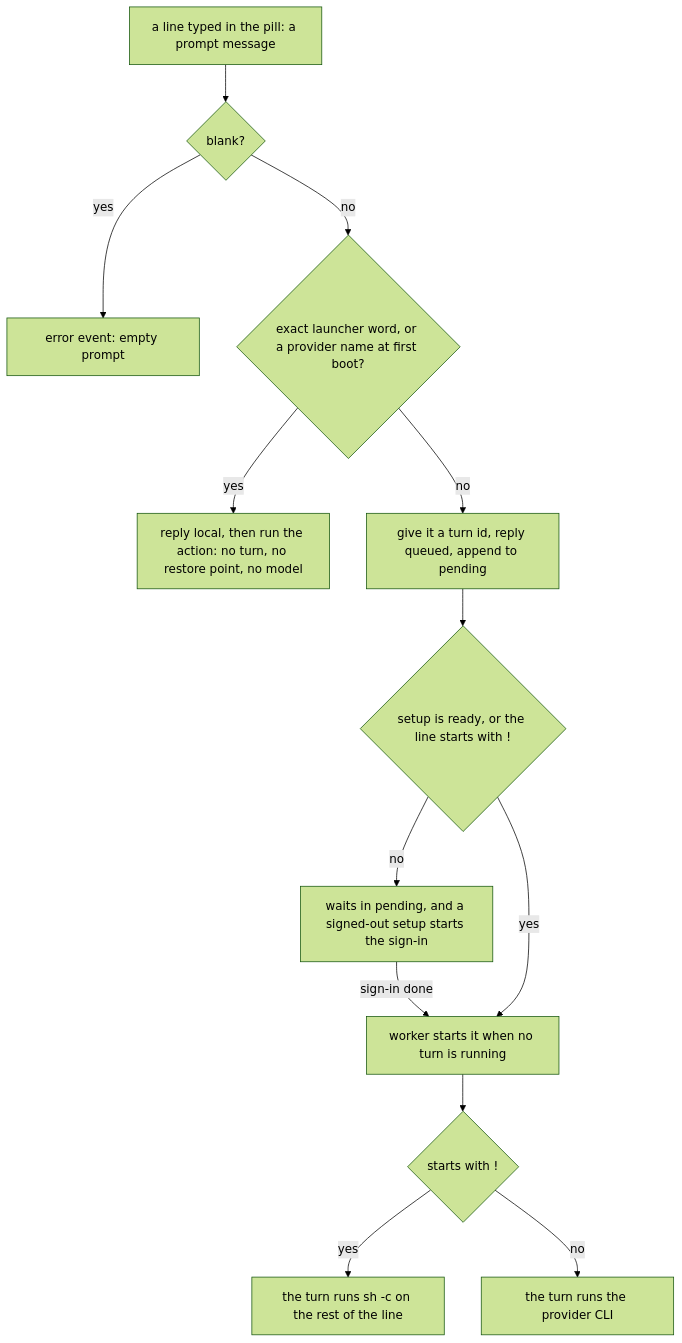
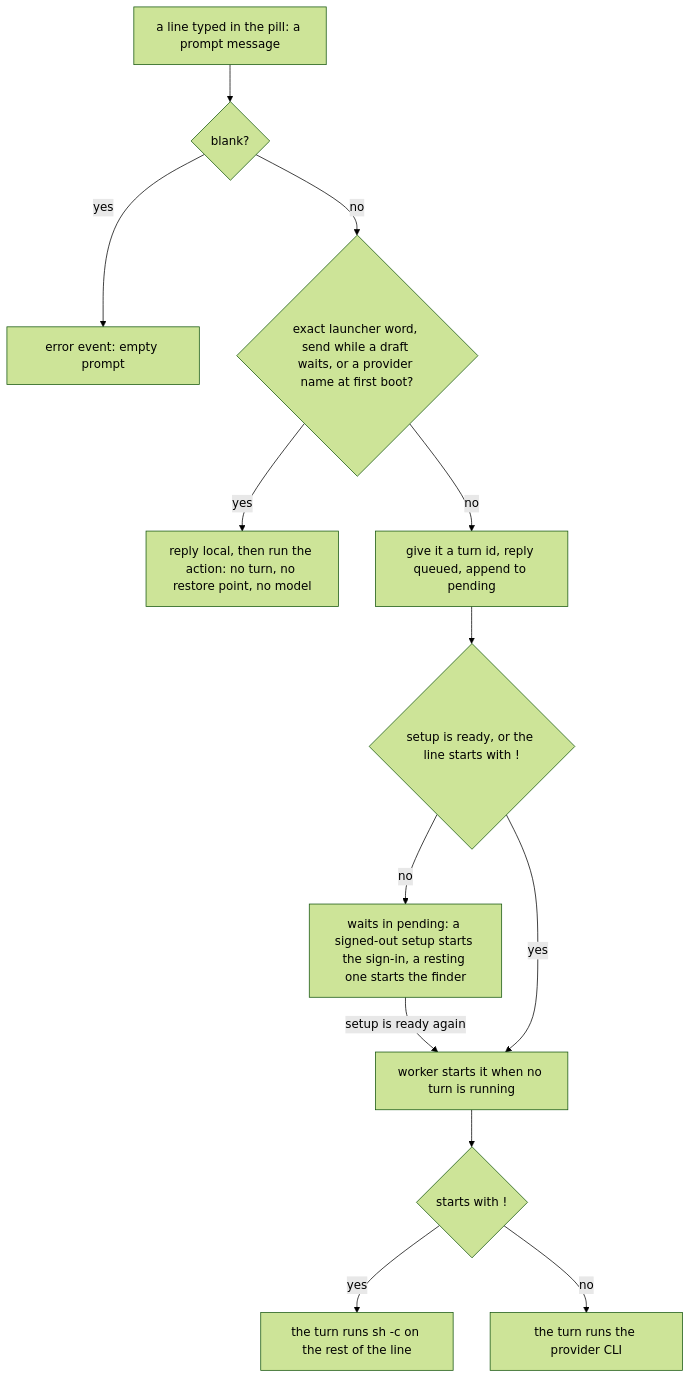
Before and after one commit to thedefaultman/Bombadil: the second of 2 diagrams in docs/architecture/agentd.md, drawn with Mermaid (forest theme). The commit also changed other lines of this file and 10 other files, not shown here.

````diff
--- a/docs/architecture/agentd.md
+++ b/docs/architecture/agentd.md
@@ -66,15 +66,15 @@
 ```mermaid
 flowchart TB
     typed["a line typed in the pill: a prompt message"] --> blank{"blank?"}
     blank -- yes --> err["error event: empty prompt"]
-    blank -- no --> word{"exact launcher word, or a provider name at first boot?"}
+    blank -- no --> word{"exact launcher word, send while a draft waits, or a provider name at first boot?"}
     word -- yes --> local["reply local, then run the action: no turn, no restore point, no model"]
     word -- no --> queue["give it a turn id, reply queued, append to pending"]
     queue --> ready{"setup is ready, or the line starts with !"}
-    ready -- no --> wait["waits in pending, and a signed-out setup starts the sign-in"]
-    wait -- sign-in done --> worker
+    ready -- no --> wait["waits in pending: a signed-out setup starts the sign-in, a resting one starts the finder"]
+    wait -- setup is ready again --> worker
     ready -- yes --> worker["worker starts it when no turn is running"]
     worker --> bang{"starts with !"}
     bang -- yes --> sh["the turn runs sh -c on the rest of the line"]
     bang -- no --> cli["the turn runs the provider CLI"]
 ```
````
